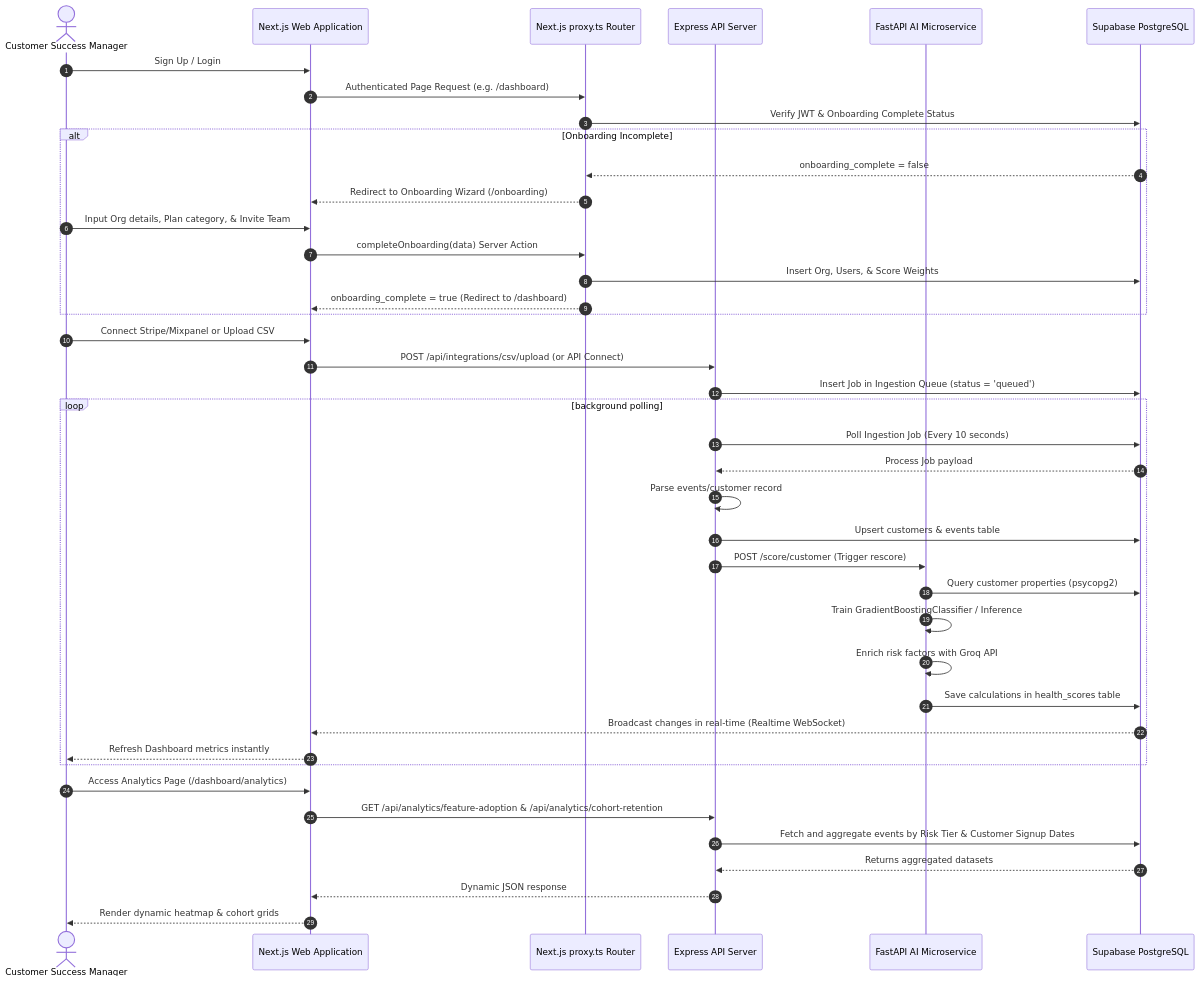
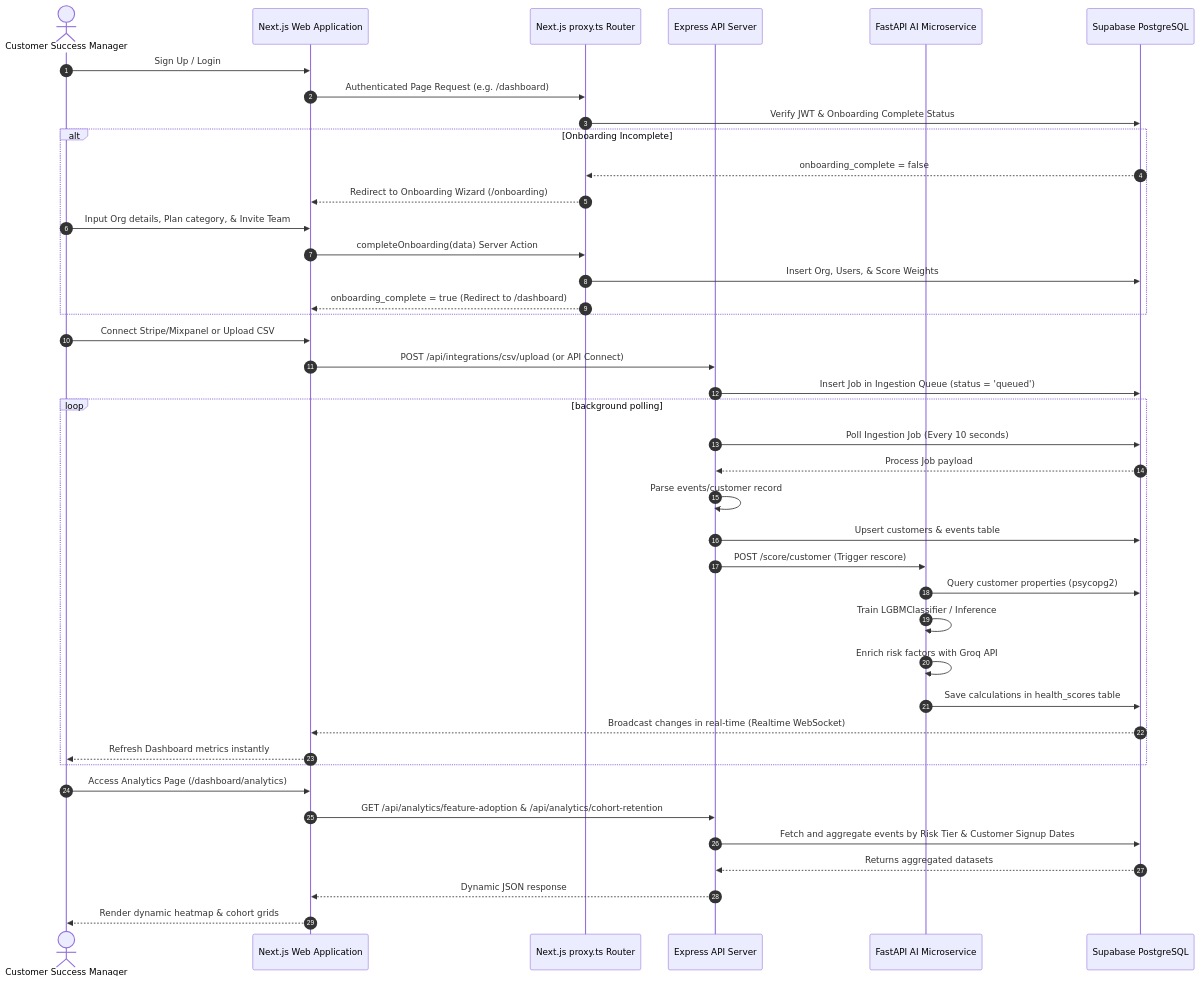
The second of 2 diagrams in README.md (apoorvmaurya/retentiq), drawn with Mermaid before and after one commit. The commit also changed other lines of this file and 37 other files, not shown here.

````diff
--- a/README.md
+++ b/README.md
@@ -105,49 +105,49 @@
 ```mermaid
 sequenceDiagram
     autonumber
     actor CSM as Customer Success Manager
     participant App as Next.js Web Application
     participant Proxy as Next.js proxy.ts Router
     participant API as Express API Server
     participant AI as FastAPI AI Microservice
     participant DB as Supabase PostgreSQL
 
     %% Authentication & Onboarding
     CSM->>App: Sign Up / Login
     App->>Proxy: Authenticated Page Request (e.g. /dashboard)
     Proxy->>DB: Verify JWT & Onboarding Complete Status
     alt Onboarding Incomplete
         DB-->>Proxy: onboarding_complete = false
         Proxy-->>App: Redirect to Onboarding Wizard (/onboarding)
         CSM->>App: Input Org details, Plan category, & Invite Team
         App->>Proxy: completeOnboarding(data) Server Action
         Proxy->>DB: Insert Org, Users, & Score Weights
         Proxy-->>App: onboarding_complete = true (Redirect to /dashboard)
     end
 
     %% Data Sync / Ingestions
     CSM->>App: Connect Stripe/Mixpanel or Upload CSV
     App->>API: POST /api/integrations/csv/upload (or API Connect)
     API->>DB: Insert Job in Ingestion Queue (status = 'queued')
     loop background polling
         API->>DB: Poll Ingestion Job (Every 10 seconds)
         DB-->>API: Process Job payload
         API->>API: Parse events/customer record
         API->>DB: Upsert customers & events table
         API->>AI: POST /score/customer (Trigger rescore)
         AI->>DB: Query customer properties (psycopg2)
-        AI->>AI: Train GradientBoostingClassifier / Inference
+        AI->>AI: Train LGBMClassifier / Inference
         AI->>AI: Enrich risk factors with Groq API
         AI->>DB: Save calculations in health_scores table
         DB-->>App: Broadcast changes in real-time (Realtime WebSocket)
         App-->>CSM: Refresh Dashboard metrics instantly
     end
 
     %% Analytics & Alerts
     CSM->>App: Access Analytics Page (/dashboard/analytics)
     App->>API: GET /api/analytics/feature-adoption & /api/analytics/cohort-retention
     API->>DB: Fetch and aggregate events by Risk Tier & Customer Signup Dates
     DB-->>API: Returns aggregated datasets
     API-->>App: Dynamic JSON response
     App-->>CSM: Render dynamic heatmap & cohort grids
 ```
````
